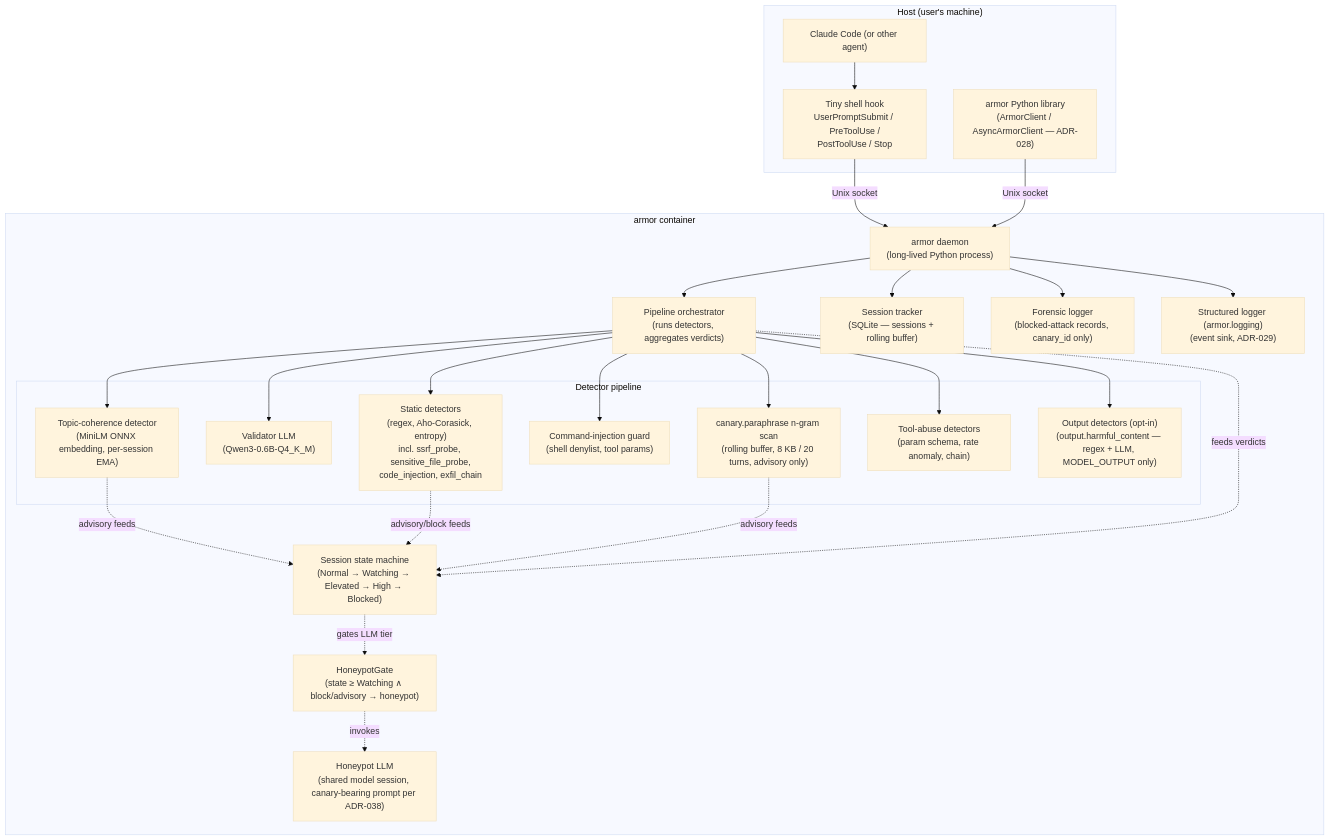
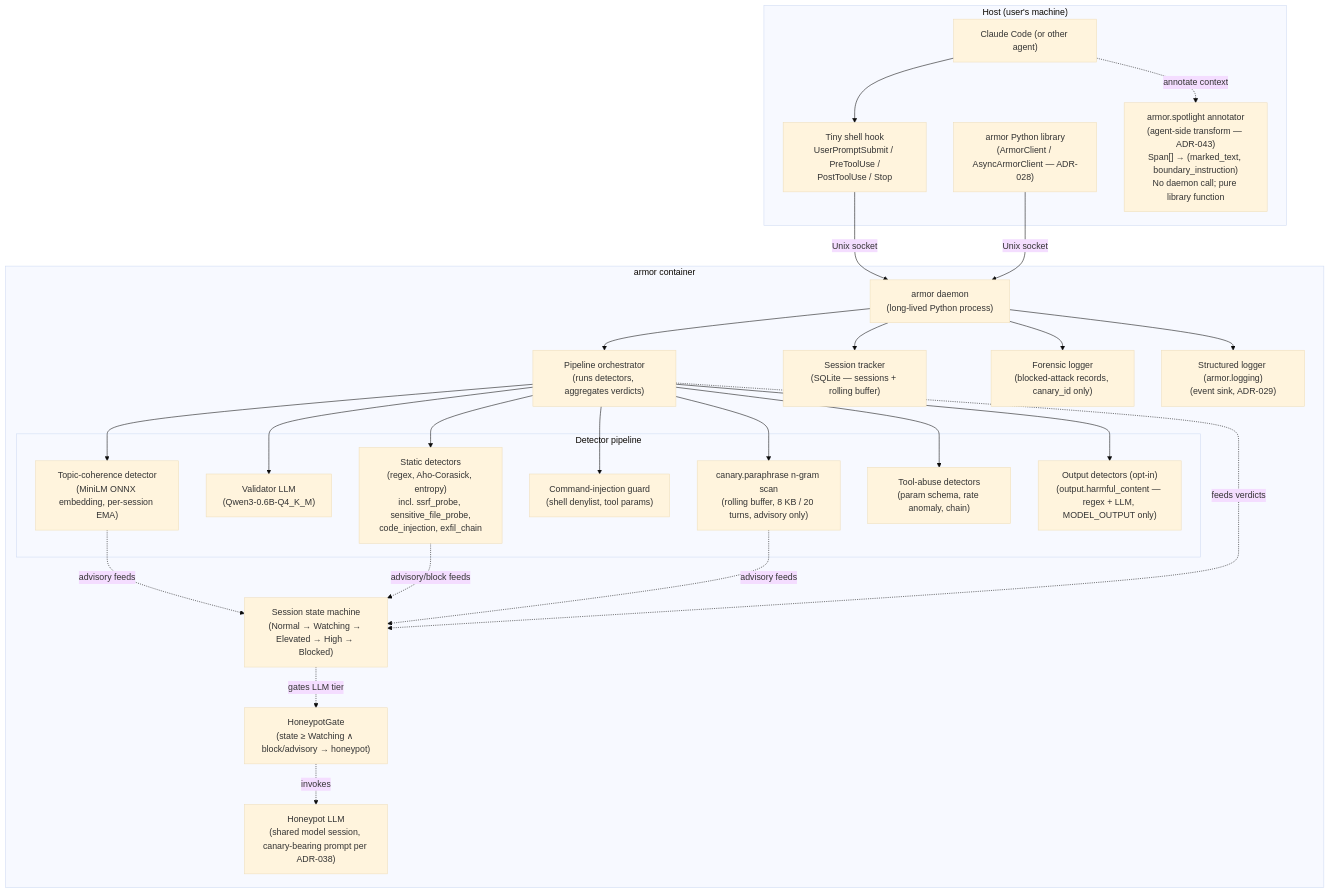
The second of 9 diagrams in docs/architecture/diagrams.md (tkdtaylor/armor), drawn with Mermaid (base theme) before and after one commit. The commit also changed other lines of this file and 14 other files, not shown here.

First line of the commit message:
feat: complete task 129 — spotlight annotator package [allow-main]

````diff
--- a/docs/architecture/diagrams.md
+++ b/docs/architecture/diagrams.md
@@ -60,53 +60,55 @@
 ```mermaid
 flowchart TB
     subgraph Host["Host (user's machine)"]
         CC["Claude Code (or other agent)"]
         Hook["Tiny shell hook<br/>UserPromptSubmit / PreToolUse /<br/>PostToolUse / Stop"]
         Lib["armor Python library<br/>(ArmorClient / AsyncArmorClient — ADR-028)"]
+        Spotlight["armor.spotlight annotator<br/>(agent-side transform — ADR-043)<br/>Span[] → (marked_text, boundary_instruction)<br/>No daemon call; pure library function"]
     end
 
     subgraph Container["armor container"]
         Daemon["armor daemon<br/>(long-lived Python process)"]
 
         PipelineOrch["Pipeline orchestrator<br/>(runs detectors, aggregates verdicts)"]
 
         subgraph Detectors["Detector pipeline"]
             Static["Static detectors<br/>(regex, Aho-Corasick, entropy)<br/>incl. ssrf_probe, sensitive_file_probe,<br/>code_injection, exfil_chain"]
             Validator["Validator LLM<br/>(Qwen3-0.6B-Q4_K_M)"]
             Topic["Topic-coherence detector<br/>(MiniLM ONNX embedding, per-session EMA)"]
             CmdGuard["Command-injection guard<br/>(shell denylist, tool params)"]
             Rolling["canary.paraphrase n-gram scan<br/>(rolling buffer, 8 KB / 20 turns, advisory only)"]
             ToolAbuse["Tool-abuse detectors<br/>(param schema, rate anomaly, chain)"]
             OutputOpt["Output detectors (opt-in)<br/>(output.harmful_content — regex + LLM, MODEL_OUTPUT only)"]
         end
 
         HoneypotGate["HoneypotGate<br/>(state ≥ Watching ∧ block/advisory → honeypot)"]
 
         FSM["Session state machine<br/>(Normal → Watching → Elevated → High → Blocked)"]
         Session["Session tracker<br/>(SQLite — sessions + rolling buffer)"]
         Forensic["Forensic logger<br/>(blocked-attack records, canary_id only)"]
         Honeypot["Honeypot LLM<br/>(shared model session, canary-bearing prompt per ADR-038)"]
         Logger["Structured logger (armor.logging)<br/>(event sink, ADR-029)"]
     end
 
     CC --> Hook
+    CC -.annotate context.-> Spotlight
     Hook -->|Unix socket| Daemon
     Lib -->|Unix socket| Daemon
     Daemon --> PipelineOrch
     PipelineOrch --> Static
     PipelineOrch --> Validator
     PipelineOrch --> Topic
     PipelineOrch --> CmdGuard
     PipelineOrch --> Rolling
     PipelineOrch --> ToolAbuse
     PipelineOrch --> OutputOpt
     HoneypotGate -.invokes.-> Honeypot
     Topic -.advisory feeds.-> FSM
     Static -.advisory/block feeds.-> FSM
     Rolling -.advisory feeds.-> FSM
     FSM -.gates LLM tier.-> HoneypotGate
     Daemon --> Session
     Daemon --> Forensic
     Daemon --> Logger
     PipelineOrch -.feeds verdicts.-> FSM
 ```
````
